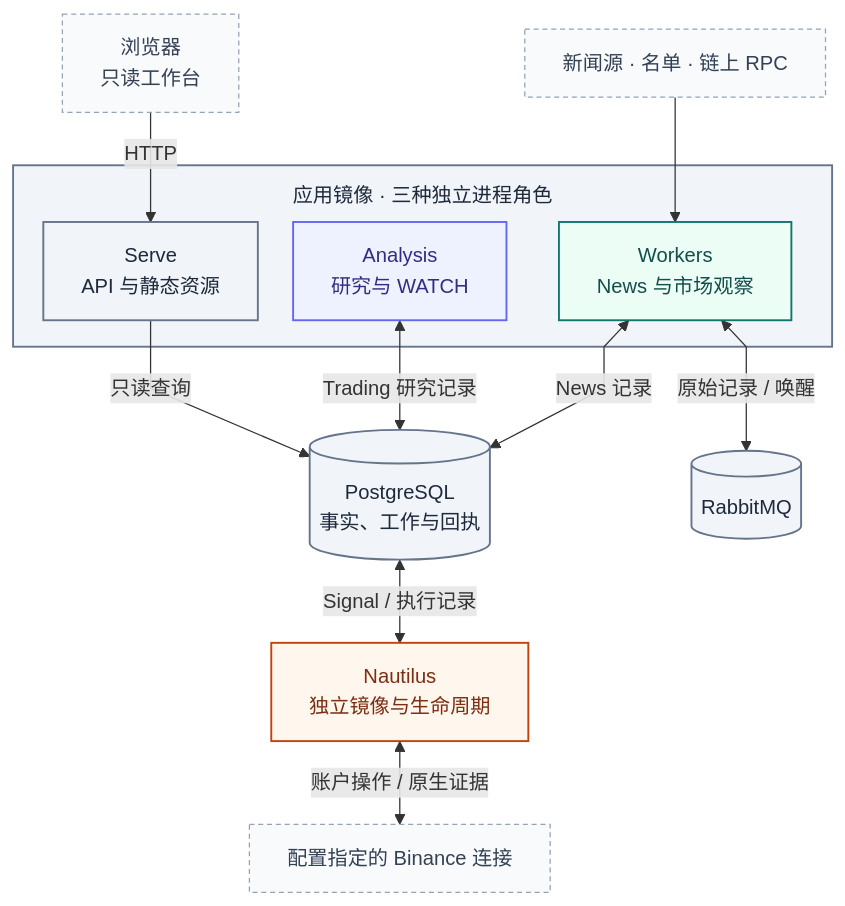
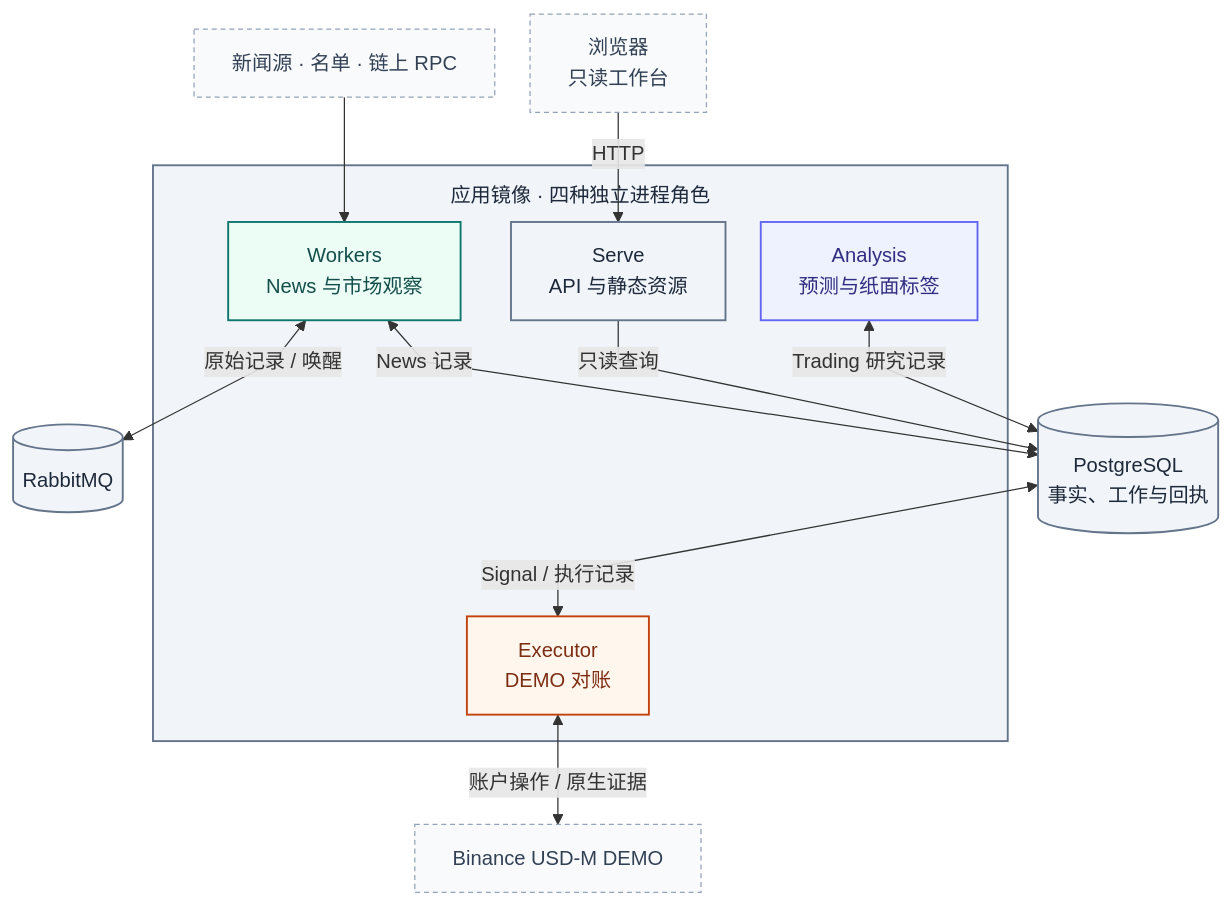
One commit to AnalyThothAI/tracefold changed the first of 4 diagrams in docs/ARCHITECTURE.md. Above: the diagram before and after it, drawn with Mermaid. The commit also changed other lines of this file and 112 other files, not shown here.

Commit message:
trading(analysis): close forecast paper scoreboard loop

````diff
--- a/docs/ARCHITECTURE.md
+++ b/docs/ARCHITECTURE.md
@@ -45,40 +45,41 @@
 ```mermaid
 ---
 config:
   fontFamily: "system-ui, Noto Sans CJK SC, Microsoft YaHei, WenQuanYi Zen Hei, sans-serif"
   flowchart:
     curve: linear
     nodeSpacing: 28
     rankSpacing: 42
     subGraphTitleMargin:
       top: 12
       bottom: 12
 ---
 flowchart TB
     accTitle: 部署拓扑
-    accDescr: 四种进程角色分别运行。Serve 只读 PostgreSQL；Workers 使用 RabbitMQ 与 News 记录；Analysis 管理 Trading 研究；独立 Nautilus 连接账户。
+    accDescr: 四种进程角色分别运行。Serve 只读 PostgreSQL；Workers 使用 RabbitMQ 与 News 记录；Analysis 冻结 LIVE 预测与纸面结果；Executor 以 DEMO 账户对账。
     Browser["浏览器<br/>只读工作台"] -->|HTTP| Serve
     Sources["新闻源 · 名单 · 链上 RPC"] --> Workers
-    subgraph APP["应用镜像 · 三种独立进程角色"]
+    subgraph APP["应用镜像 · 四种独立进程角色"]
         Serve["Serve<br/>API 与静态资源"]
-        Analysis["Analysis<br/>研究与 WATCH"]
+        Analysis["Analysis<br/>预测与纸面标签"]
+        Runtime["Executor<br/>DEMO 对账"]
         Workers["Workers<br/>News 与市场观察"]
     end
     Serve -->|只读查询| DB[("PostgreSQL<br/>事实、工作与回执")]
     Analysis <-->|Trading 研究记录| DB
     Workers <-->|News 记录| DB
     Workers <-->|原始记录 / 唤醒| MQ[("RabbitMQ")]
-    DB <-->|Signal / 执行记录| Runtime["Nautilus<br/>独立镜像与生命周期"]
-    Runtime <-->|账户操作 / 原生证据| Venue["配置指定的 Binance 连接"]
+    DB <-->|Signal / 执行记录| Runtime
+    Runtime <-->|账户操作 / 原生证据| Venue["Binance USD-M DEMO"]
 
     classDef news fill:#ecfdf5,stroke:#0f766e,color:#134e4a,stroke-width:1.5px
     classDef research fill:#eef2ff,stroke:#6366f1,color:#312e81,stroke-width:1.5px
     classDef execution fill:#fff7ed,stroke:#c2410c,color:#7c2d12,stroke-width:1.5px
     classDef store fill:#f1f5f9,stroke:#64748b,color:#1e293b,stroke-width:1.5px
     classDef external fill:#f8fafc,stroke:#94a3b8,color:#334155,stroke-dasharray:4 3
 class Browser,Sources,Venue external;
 class APP,Serve,DB,MQ store;
 class Workers news;
 class Analysis research;
 class Runtime execution;
 ```
````
